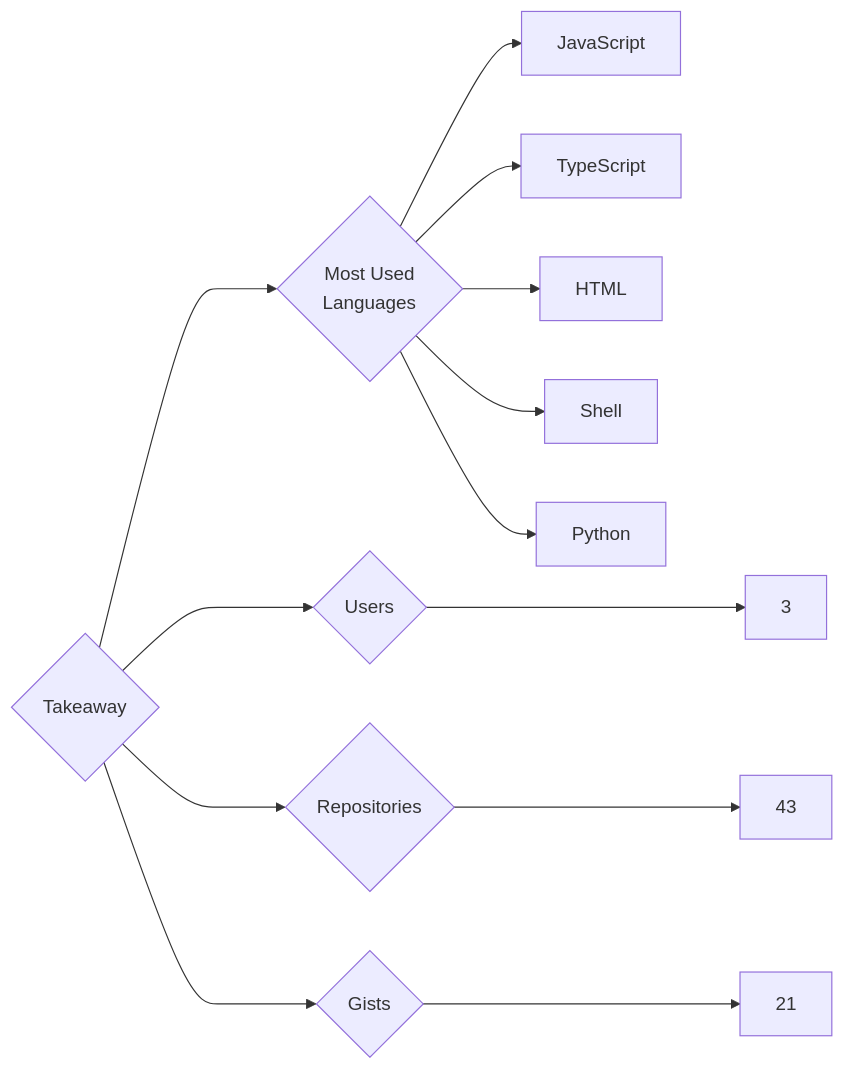
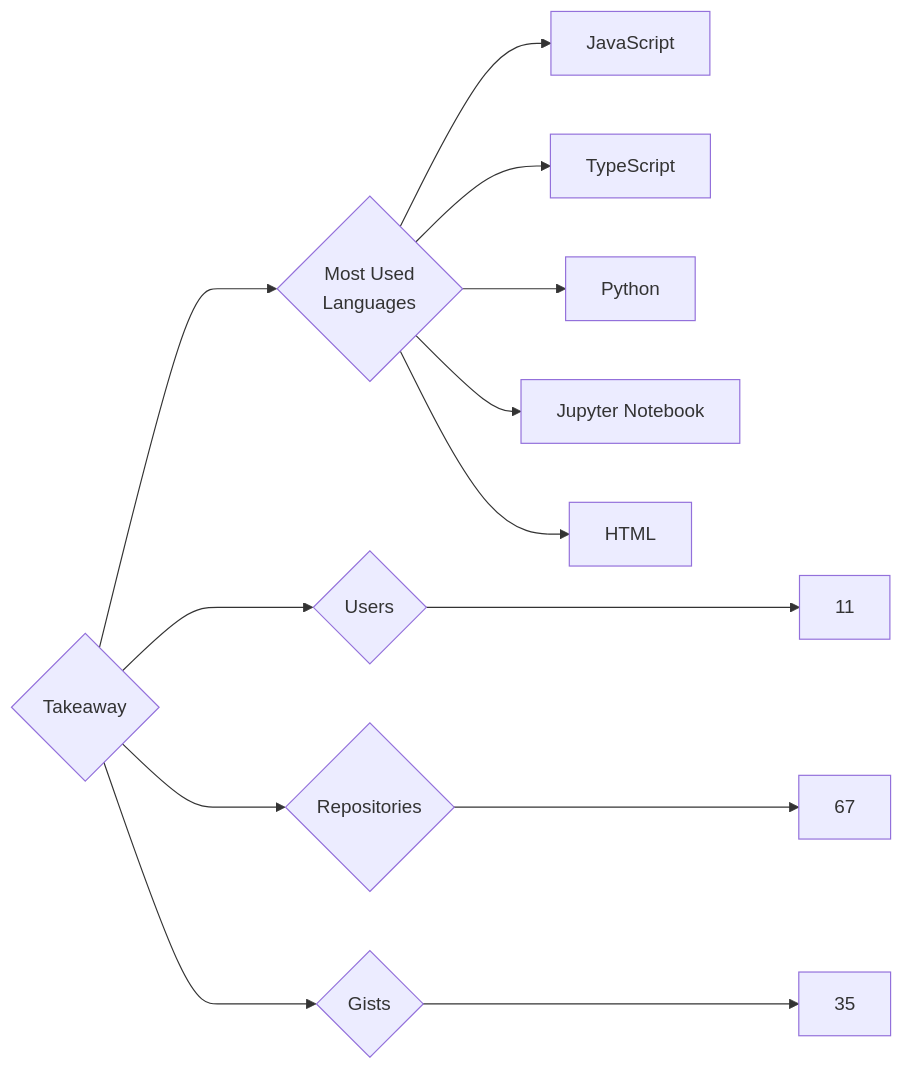
The diagram in targets/Takeaway/README.md (trickest/insiders), drawn with Mermaid before and after one commit. The commit also changed 829 other files, not shown here.

````diff
--- a/targets/Takeaway/README.md
+++ b/targets/Takeaway/README.md
@@ -3,13 +3,13 @@
 ```mermaid
 graph LR
 COMPANY_NAME{Takeaway}
-COMPANY_NAME ---> U{Users} ---> UN[3]
-COMPANY_NAME ---> R{Repositories} ---> RN[43]
-COMPANY_NAME ---> G{Gists} ---> GN[21]
+COMPANY_NAME ---> U{Users} ---> UN[11]
+COMPANY_NAME ---> R{Repositories} ---> RN[67]
+COMPANY_NAME ---> G{Gists} ---> GN[35]
 COMPANY_NAME ---> ML{Most Used<br>Languages}
 ML --> JavaScript[JavaScript]
 ML --> TypeScript[TypeScript]
+ML --> Python[Python]
+ML --> Jupyter_Notebook[Jupyter Notebook]
 ML --> HTML[HTML]
-ML --> Shell[Shell]
-ML --> Python[Python]
 ```
````
